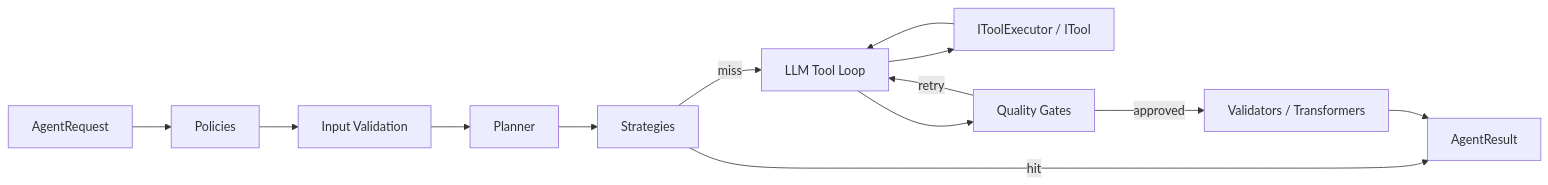
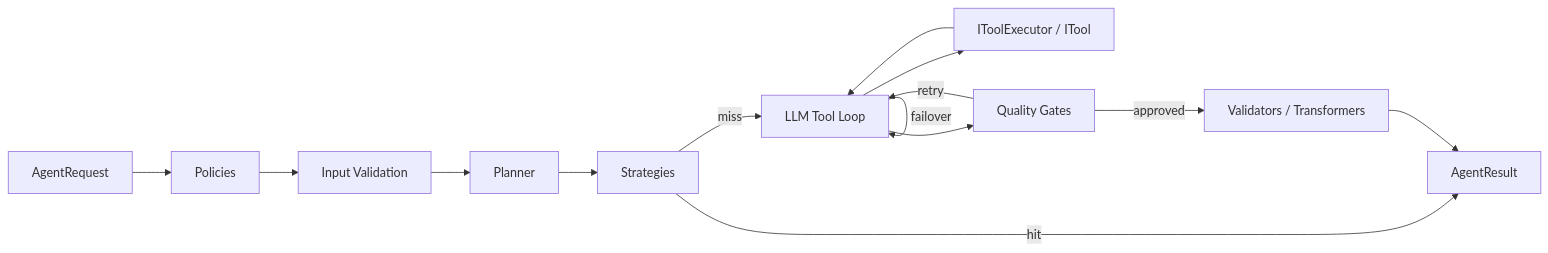
One commit to AlexNek/AICleverness changed the diagram in docs/concepts/runtime-pipeline.md. Above: the diagram before and after it, drawn with Mermaid. The commit also changed other lines of this file and 46 other files, not shown here.

First line of the commit message:
Capability based model failover with llm call observability (#4)

````diff
--- a/docs/concepts/runtime-pipeline.md
+++ b/docs/concepts/runtime-pipeline.md
@@ -46,15 +48,16 @@
 ```mermaid
 graph LR
     R[AgentRequest] --> P[Policies]
     P --> IV[Input Validation]
     IV --> PL[Planner]
     PL --> S[Strategies]
     S -->|hit| OUT[AgentResult]
     S -->|miss| LLM[LLM Tool Loop]
     LLM --> T[IToolExecutor / ITool]
     T --> LLM
+    LLM -->|failover| LLM
     LLM --> QG[Quality Gates]
     QG -->|retry| LLM
     QG -->|approved| V[Validators / Transformers]
     V --> OUT
 ```
````
